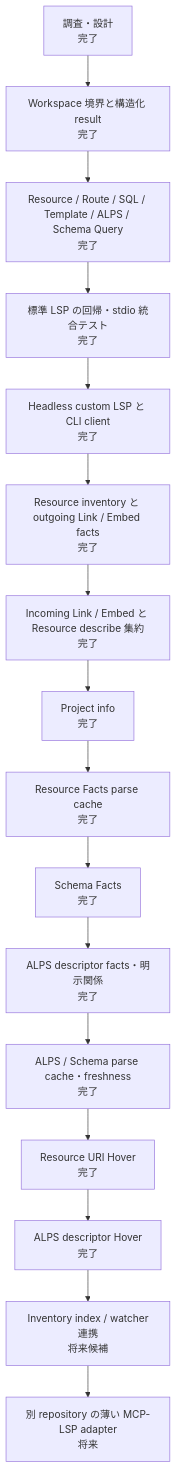
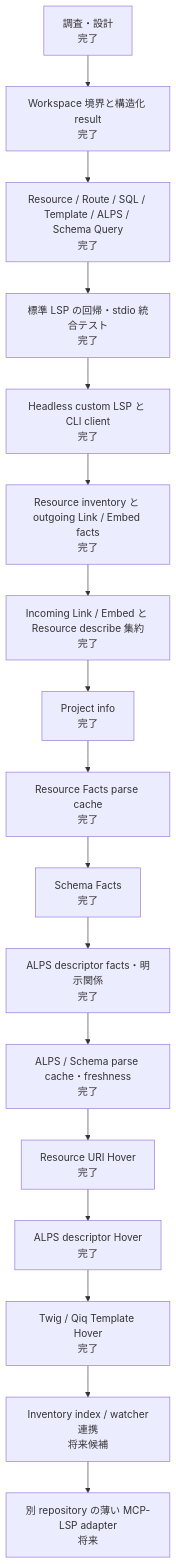
The second of 2 diagrams in docs/semantic-lsp-progress.ja.md (suzumaze/bear-phpactor-extension), drawn with Mermaid before and after one commit. The commit also changed other lines of this file and 6 other files, not shown here.

Commit message:
feat: expose template targets through standard hover

````diff
--- a/docs/semantic-lsp-progress.ja.md
+++ b/docs/semantic-lsp-progress.ja.md
@@ -31,21 +31,22 @@
 ```mermaid
 flowchart TD
     p0["調査・設計\n完了"]
     p1["Workspace 境界と構造化 result\n完了"]
     p2["Resource / Route / SQL / Template / ALPS / Schema Query\n完了"]
     p3["標準 LSP の回帰・stdio 統合テスト\n完了"]
     p4["Headless custom LSP と CLI client\n完了"]
     p5["Resource inventory と outgoing Link / Embed facts\n完了"]
     p6["Incoming Link / Embed と Resource describe 集約\n完了"]
     p7["Project info\n完了"]
     p75["Resource Facts parse cache\n完了"]
     p76["Schema Facts\n完了"]
     p77["ALPS descriptor facts・明示関係\n完了"]
     p78["ALPS / Schema parse cache・freshness\n完了"]
     p79["Resource URI Hover\n完了"]
     p80["ALPS descriptor Hover\n完了"]
-    p81["Inventory index / watcher連携\n将来候補"]
+    p81["Twig / Qiq Template Hover\n完了"]
+    p82["Inventory index / watcher連携\n将来候補"]
     p8["別 repository の薄い MCP-LSP adapter\n将来"]
 
-    p0 --> p1 --> p2 --> p3 --> p4 --> p5 --> p6 --> p7 --> p75 --> p76 --> p77 --> p78 --> p79 --> p80 --> p81 --> p8
+    p0 --> p1 --> p2 --> p3 --> p4 --> p5 --> p6 --> p7 --> p75 --> p76 --> p77 --> p78 --> p79 --> p80 --> p81 --> p82 --> p8
 ```
````
